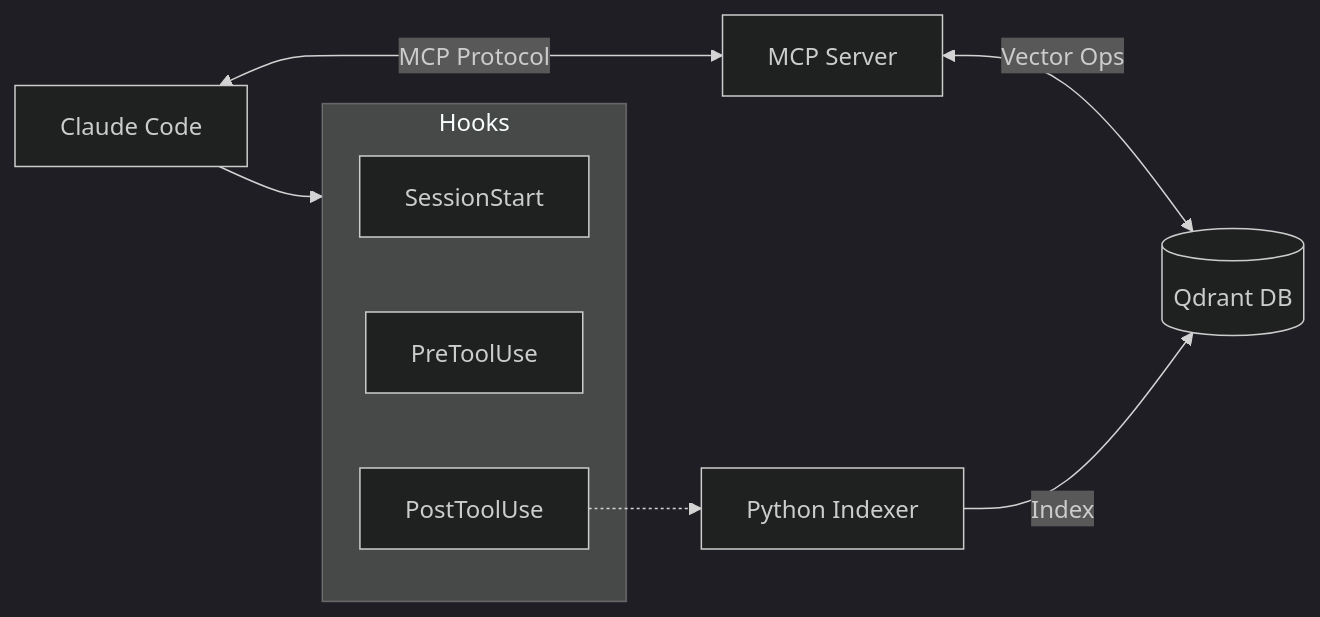
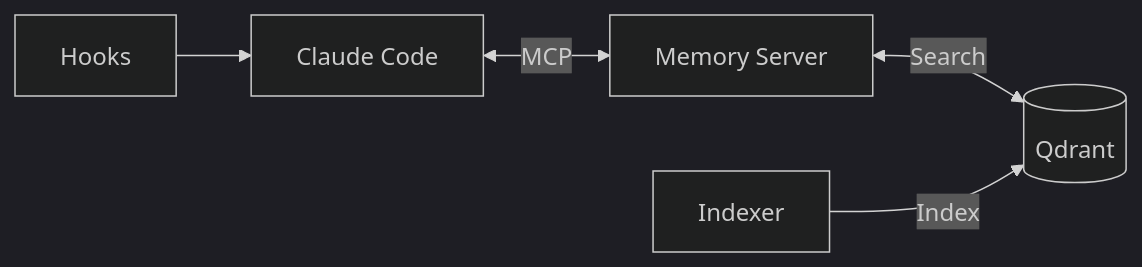
One commit to rlefko/Claude-code-memory changed the first of 3 diagrams in README.md. Above: the diagram before and after it, drawn with Mermaid (dark theme). The commit also changed other lines of this file and 3 other files, not shown here.

````diff
--- a/README.md
+++ b/README.md
@@ -5,15 +5,7 @@
 ```mermaid
 graph LR
-    CC[Claude Code] <-->|MCP Protocol| MCP[MCP Server]
-    MCP <-->|Vector Ops| QD[(Qdrant DB)]
-    IDX[Python Indexer] -->|Index| QD
-
-    subgraph Hooks
-        SS[SessionStart]
-        PT[PreToolUse]
-        PO[PostToolUse]
-    end
-
-    CC --> Hooks
-    PO -.-> IDX
+    CC[Claude Code] <-->|MCP| MCP[Memory Server]
+    MCP <-->|Search| QD[(Qdrant)]
+    IDX[Indexer] -->|Index| QD
+    HOOKS[Hooks] --> CC
 ```
````
